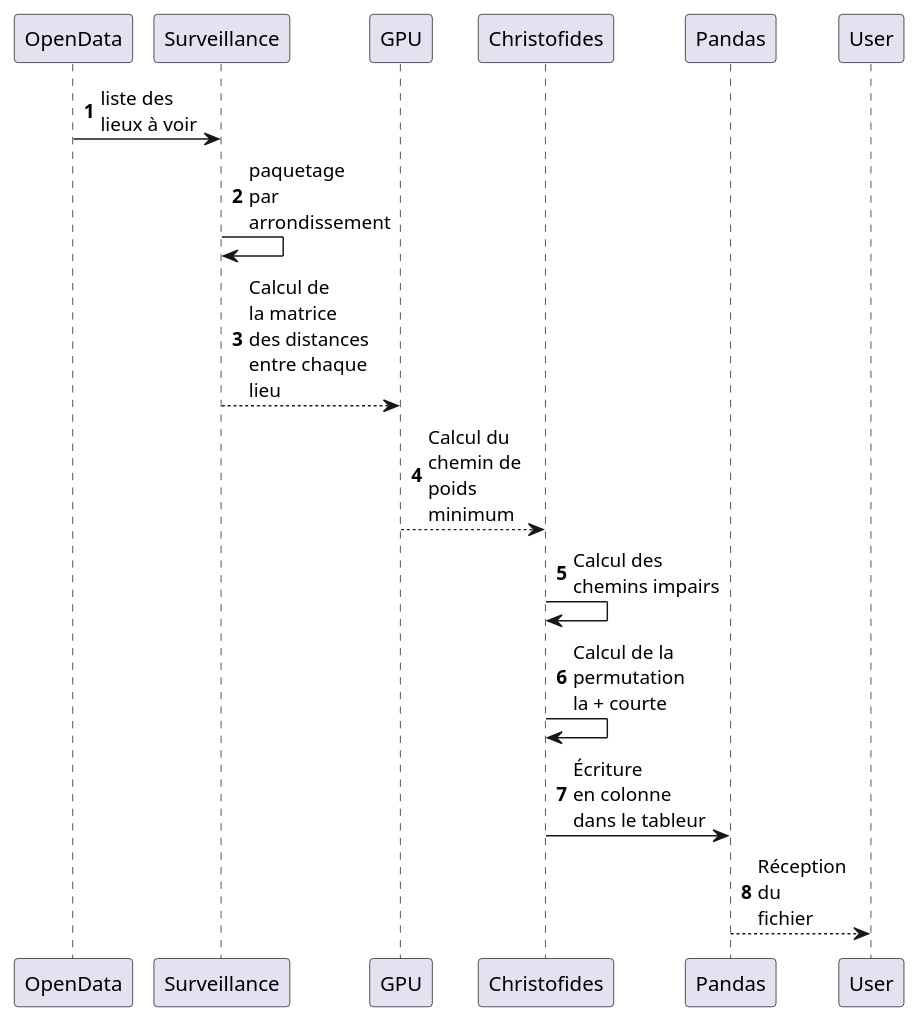
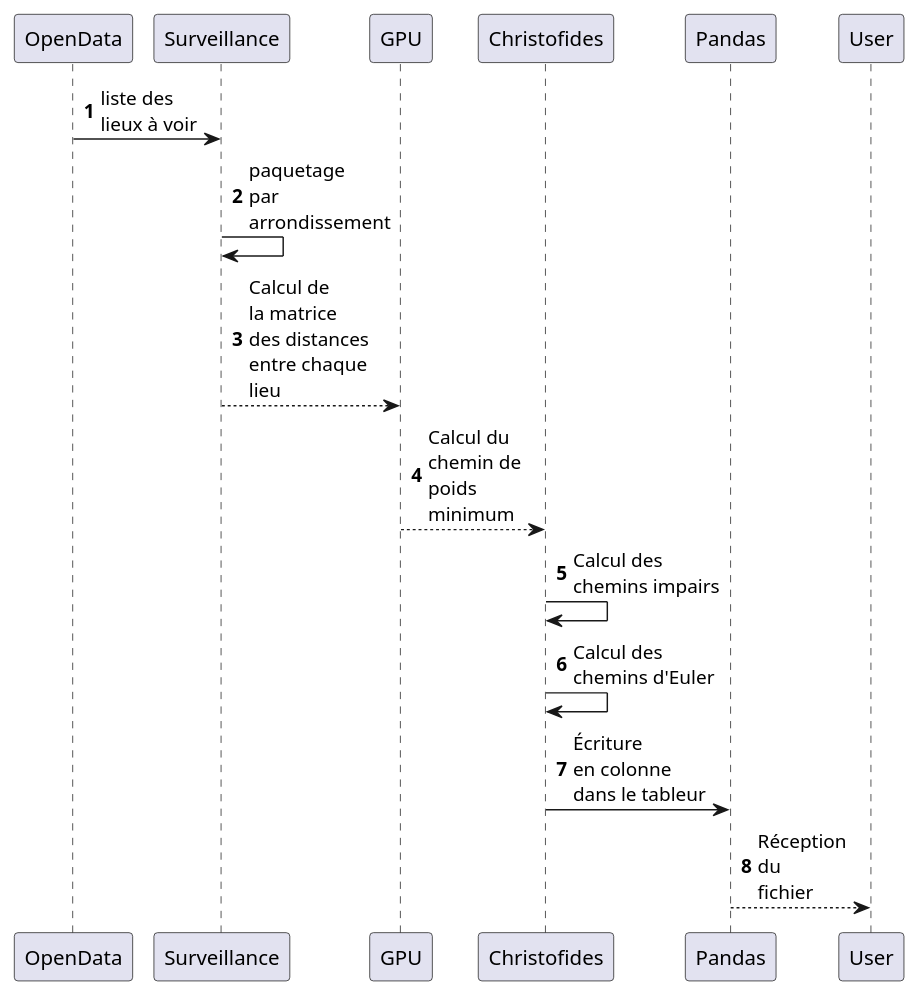
The diagram in algorithme.puml (sha-cmd/Vegeta), drawn with PlantUML before and after one commit.

Commit message:
Ajout de la partie Euler.

```diff
--- a/algorithme.puml
+++ b/algorithme.puml
@@ -1,14 +1,14 @@
 @startuml
 'https://plantuml.com/sequence-diagram
 
 autonumber
 
 OpenData -> Surveillance: liste des\nlieux à voir
 Surveillance -> Surveillance: paquetage\npar\narrondissement
 Surveillance --> GPU: Calcul de\nla matrice\ndes distances\nentre chaque\nlieu
 GPU --> Christofides: Calcul du\nchemin de\npoids\nminimum
 Christofides -> Christofides: Calcul des\nchemins impairs
-Christofides -> Christofides: Calcul de la\npermutation\nla + courte
+Christofides -> Christofides: Calcul des\nchemins d'Euler
 Christofides -> Pandas: Écriture\nen colonne\ndans le tableur
 Pandas --> User: Réception\ndu\nfichier
 @enduml
```
